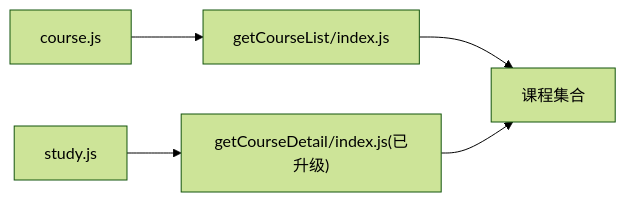
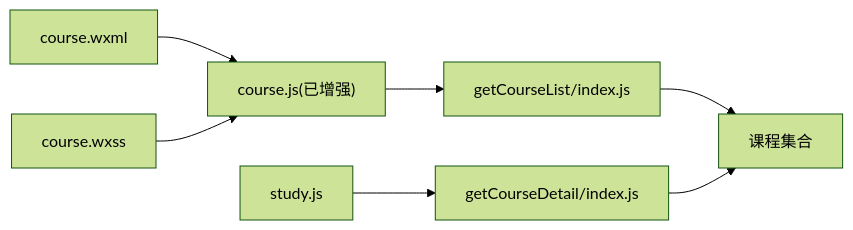
The fifth of 5 diagrams in .qoder/repowiki/zh/content/核心功能模块/课程学习系统/课程管理模块.md (cwb7756/bio), drawn with Mermaid (forest theme) before and after one commit. The commit also changed other lines of this file and 14 other files, not shown here.

First line of the commit message:
feat(knowledgeMap): 增强知识图谱功能，新增种子数据生成器

````diff
--- a/.qoder/repowiki/zh/content/核心功能模块/课程学习系统/课程管理模块.md
+++ b/.qoder/repowiki/zh/content/核心功能模块/课程学习系统/课程管理模块.md
@@ -226,7 +246,9 @@
 ```mermaid
 graph LR
-CourseJS["course.js"] --> GetList["getCourseList/index.js"]
-StudyJS["study.js"] --> GetDetail["getCourseDetail/index.js(已升级)"]
+CourseJS["course.js(已增强)"] --> GetList["getCourseList/index.js"]
+CourseWXML["course.wxml"] --> CourseJS
+CourseWSS["course.wxss"] --> CourseJS
+StudyJS["study.js"] --> GetDetail["getCourseDetail/index.js"]
 GetList --> DB["课程集合"]
 GetDetail --> DB
 ```
````
